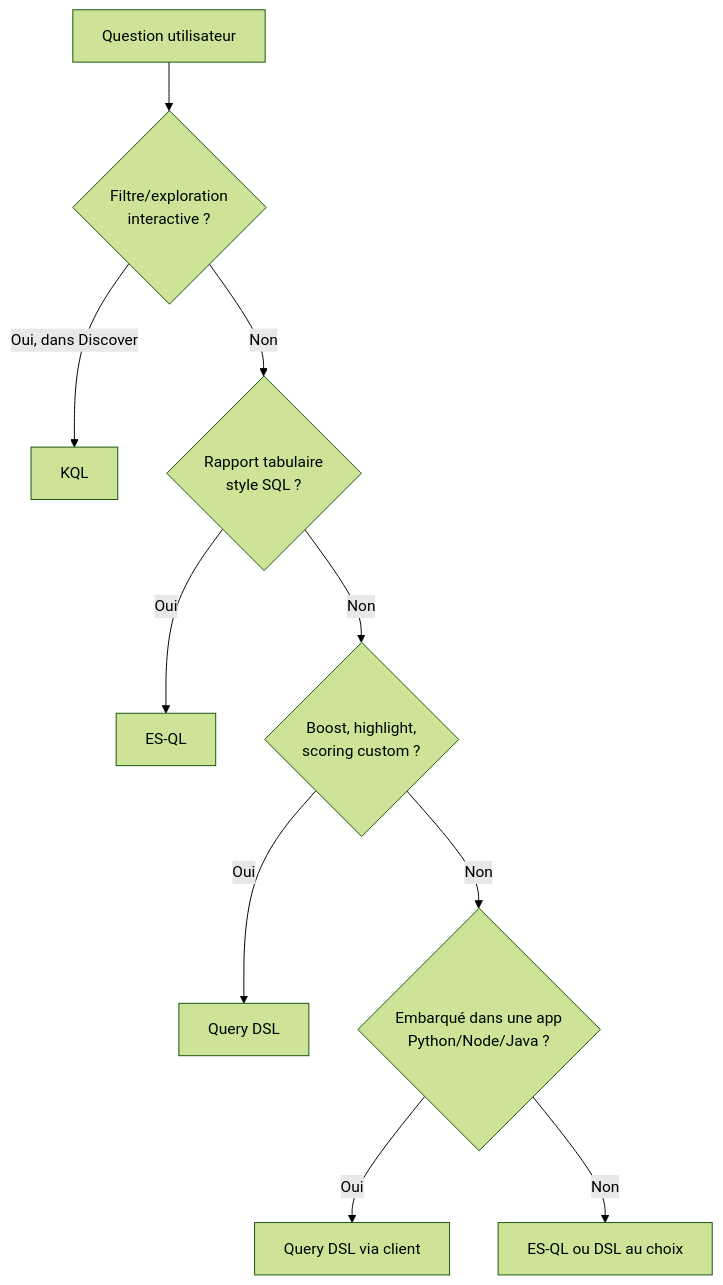
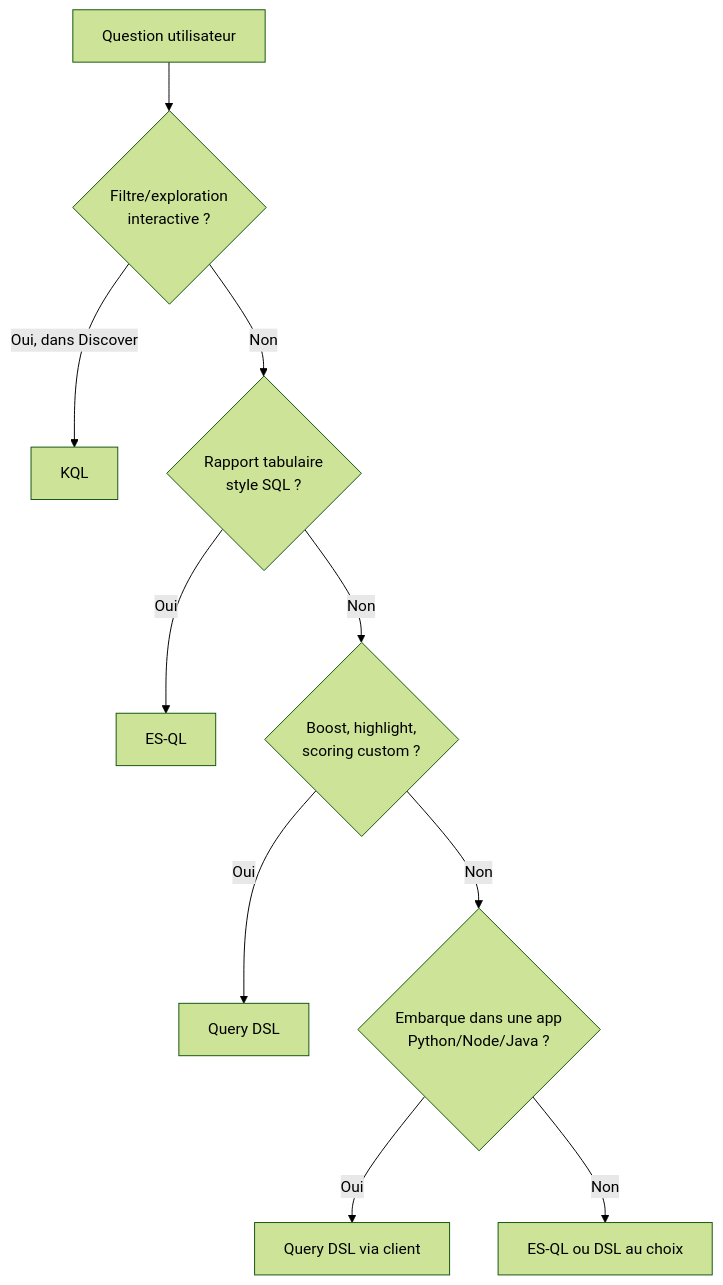
One commit to haythem-rehouma/Elastic-Search-0 changed the diagram in docs2-cours1/assets-cours2/solutions/pratique-10-solutions-kql-esql-dsl.md. Above: the diagram before and after it, drawn with Mermaid (forest theme). The commit also changed other lines of this file and 49 other files, not shown here.

````diff
--- a/docs2-cours1/assets-cours2/solutions/pratique-10-solutions-kql-esql-dsl.md
+++ b/docs2-cours1/assets-cours2/solutions/pratique-10-solutions-kql-esql-dsl.md
@@ -460,12 +460,12 @@
 ```mermaid
 flowchart TD
-    A[Question utilisateur] --> Q1{Filtre/exploration<br/>interactive ?}
-    Q1 -->|Oui, dans Discover| KQL[KQL]
-    Q1 -->|Non| Q2{Rapport tabulaire<br/>style SQL ?}
-    Q2 -->|Oui| ESQL[ES-QL]
-    Q2 -->|Non| Q3{Boost, highlight,<br/>scoring custom ?}
-    Q3 -->|Oui| DSL1[Query DSL]
-    Q3 -->|Non| Q4{Embarqué dans une app<br/>Python/Node/Java ?}
-    Q4 -->|Oui| DSL2[Query DSL via client]
-    Q4 -->|Non| ESQL2[ES-QL ou DSL au choix]
+    A["Question utilisateur"] --> Q1{"Filtre/exploration<br/>interactive ?"}
+    Q1 -->|"Oui, dans Discover"| KQL["KQL"]
+    Q1 -->|Non| Q2{"Rapport tabulaire<br/>style SQL ?"}
+    Q2 -->|Oui| ESQL["ES-QL"]
+    Q2 -->|Non| Q3{"Boost, highlight,<br/>scoring custom ?"}
+    Q3 -->|Oui| DSL1["Query DSL"]
+    Q3 -->|Non| Q4{"Embarque dans une app<br/>Python/Node/Java ?"}
+    Q4 -->|Oui| DSL2["Query DSL via client"]
+    Q4 -->|Non| ESQL2["ES-QL ou DSL au choix"]
 ```
````
